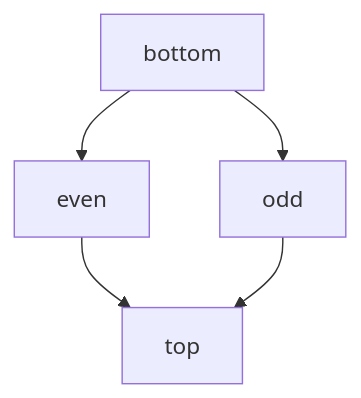
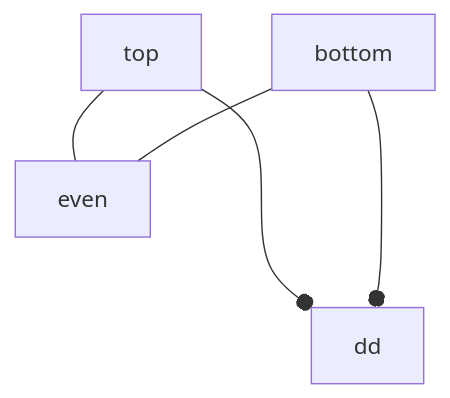
Before and after one commit to FZhg/cfg-parity-analysis: the diagram in README.md, drawn with Mermaid.

Commit message:
check diagram generator

````diff
--- a/README.md
+++ b/README.md
@@ -11,7 +11,7 @@
 ```mermaid
   graph TB;
-  even-->top;
-  odd-->top;
-  bottom-->even;
-  bottom-->odd;
+  top---even;
+  top---odd;
+  bottom---even;
+  bottom---odd;
 ```
````
